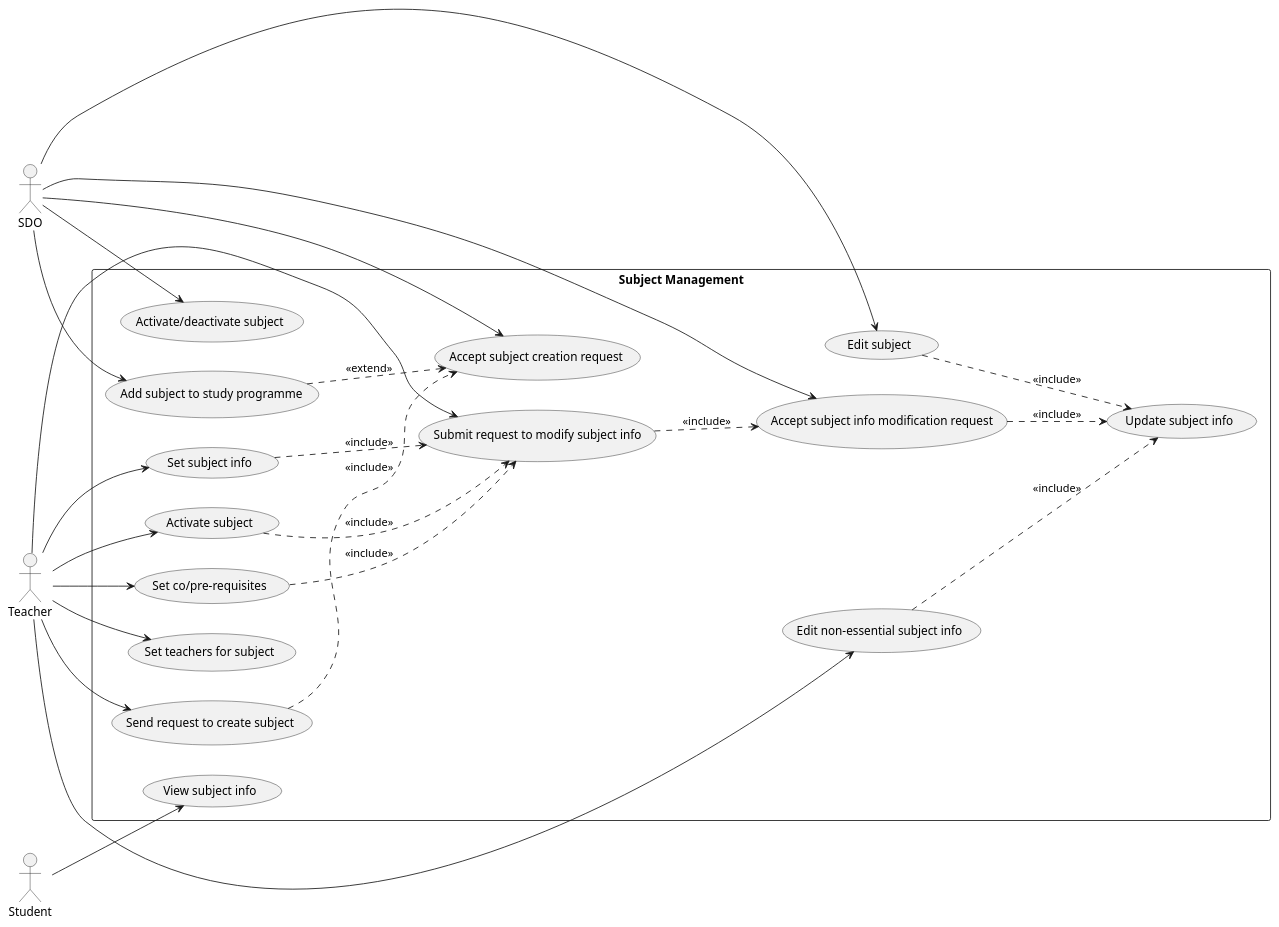
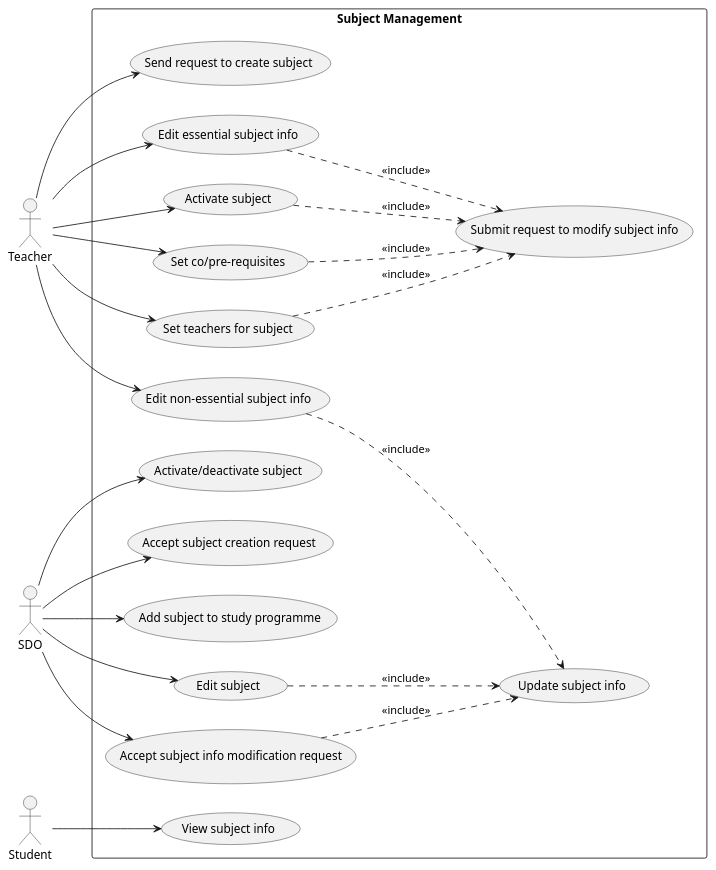
Before and after one commit to Lukide0/SoftwareEngineering: the first of 2 diagrams in seminar-work.md, drawn with PlantUML. The commit also changed other lines of this file, not shown here.

Commit message:
minor use case diagram changes

````diff
--- a/seminar-work.md
+++ b/seminar-work.md
@@ -44,52 +46,49 @@
 ```plantuml
 @startuml
 left to right direction
 actor Teacher as "Teacher"
 actor SDO as "SDO"
 actor Student as "Student"
 
 rectangle "Subject Management" {
   usecase "Send request to create subject" as UC1
-  usecase "Set subject info" as UC2
+  usecase "Edit essential subject info" as UC2
   usecase "Activate subject" as UC3
   usecase "Set co/pre-requisites" as UC4
   usecase "Set teachers for subject" as UC5
   usecase "Submit request to modify subject info" as UC6
   usecase "Edit non-essential subject info" as UC7
   usecase "Update subject info" as UC8
   usecase "Activate/deactivate subject" as UC9
   usecase "Accept subject creation request" as UC10
   usecase "Add subject to study programme" as UC11
   usecase "Edit subject" as UC12
   usecase "View subject info" as UC13
   usecase "Accept subject info modification request" as UC14
 
 
   SDO --> UC9
   SDO --> UC10
   SDO --> UC11
   SDO --> UC12
   SDO --> UC14
 
   Teacher --> UC1
   Teacher --> UC2
   Teacher --> UC3
   Teacher --> UC4
   Teacher --> UC5
-  Teacher --> UC6
   Teacher --> UC7
 
   Student --> UC13
 
   UC4 ..> UC6 : <<include>>
   UC2 ..> UC6 : <<include>>
   UC3 ..> UC6 : <<include>>
-  UC6 ..> UC14 : <<include>>
+  UC5 ..> UC6 : <<include>>
   UC14 ..> UC8 : <<include>>
   UC12 ..> UC8 : <<include>>
-  UC1 ..> UC10 : <<include>>
-  UC11 ..> UC10 : <<extend>>
   UC7 ..> UC8 : <<include>>
 }
 @enduml
 ```
````
